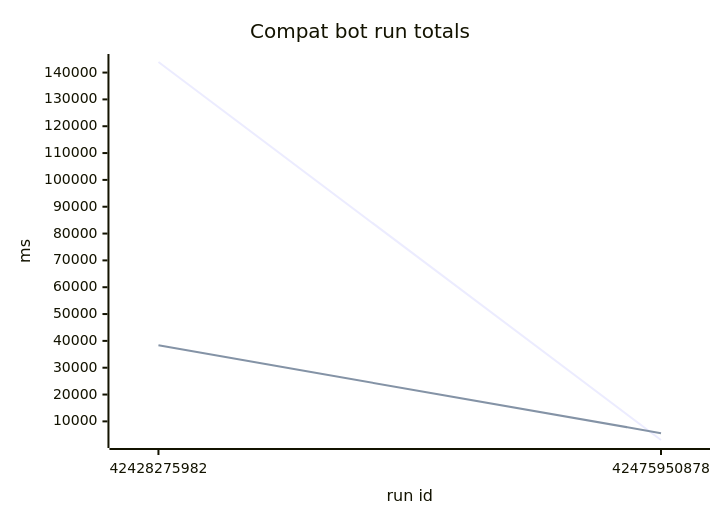
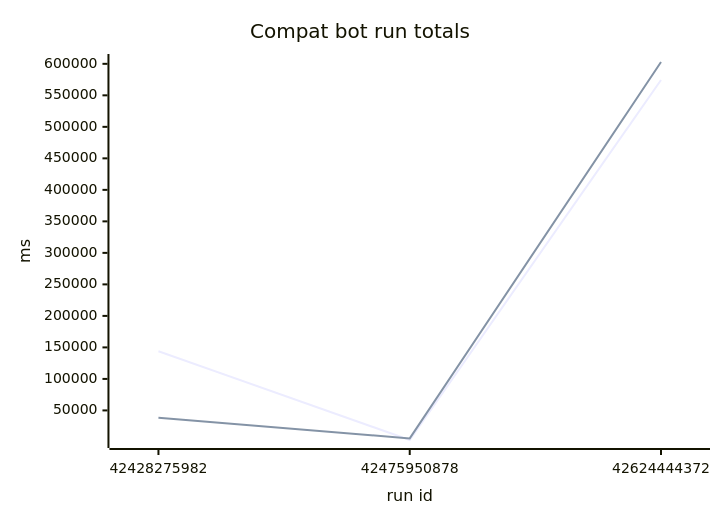
Before and after one commit to roc-talon/talon: the diagram in stats/compat/README.md, drawn with Mermaid. The commit also changed other lines of this file and 2 other files, not shown here.

Commit message:
compat stats: run 42624444372

````diff
--- a/stats/compat/README.md
+++ b/stats/compat/README.md
@@ -7,8 +7,8 @@
 ```mermaid
 xychart-beta
     title "Compat bot run totals"
-    x-axis "run id" ["42428275982", "42475950878"]
+    x-axis "run id" ["42428275982", "42475950878", "42624444372"]
     y-axis "ms"
-    line [143940, 3060]
-    line [38340, 5610]
+    line [143940, 3060, 574300]
+    line [38340, 5610, 602900]
 ```
````
